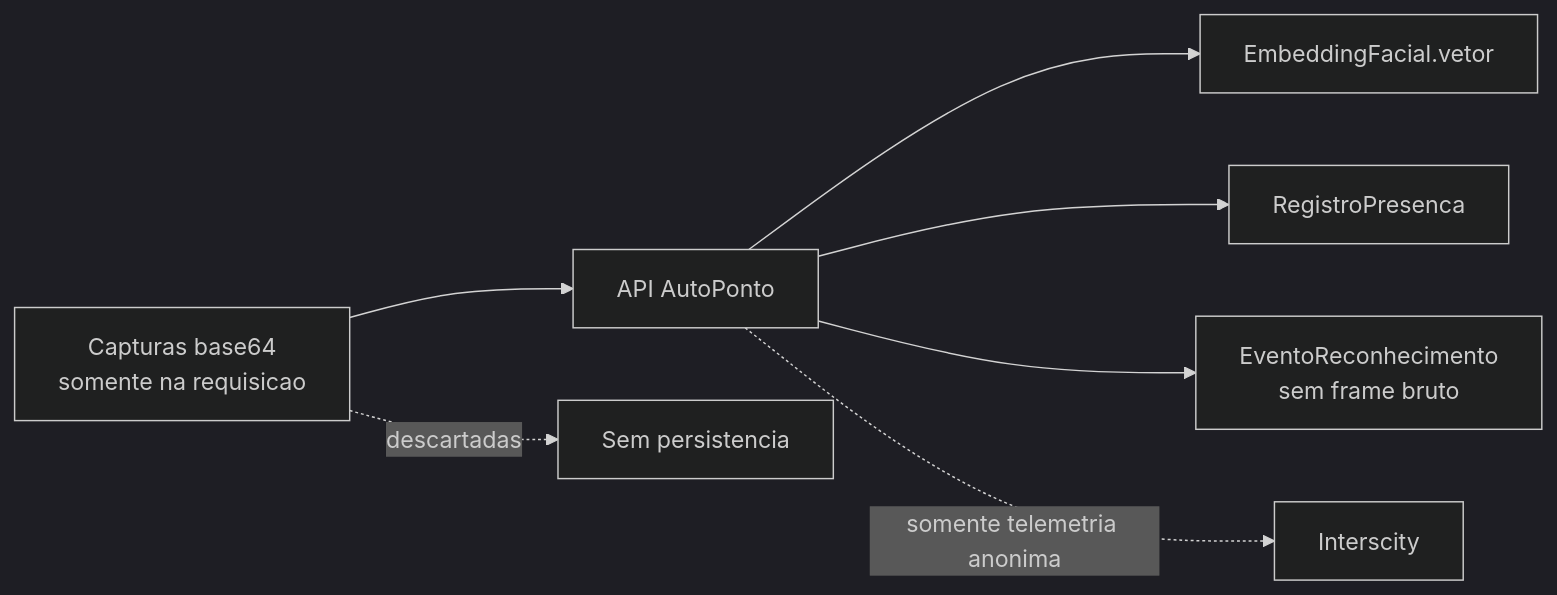
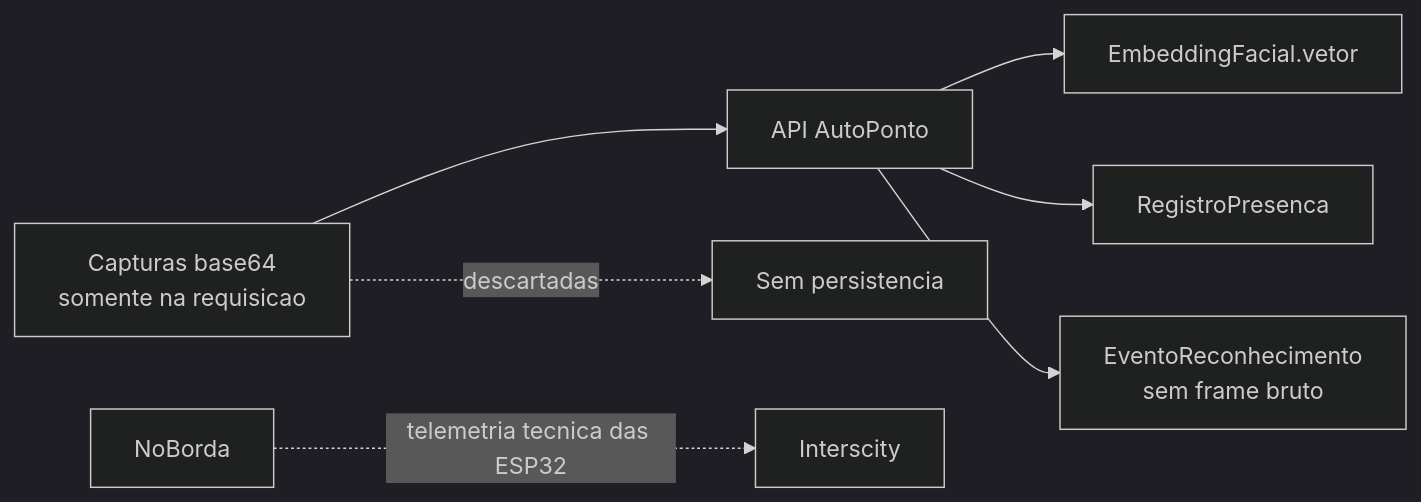
Diagram 11 of 11 in autoponto-backend/docs/diagramas-tcc.md (DanielKGM/autoponto), drawn with Mermaid (dark theme) before and after one commit. The commit also changed other lines of this file and 9 other files, not shown here.

Commit message:
refactor: Clean up test cases and improve documentation for edge integration and IntersCity API

````diff
--- a/autoponto-backend/docs/diagramas-tcc.md
+++ b/autoponto-backend/docs/diagramas-tcc.md
@@ -206,9 +207,9 @@
 ```mermaid
 flowchart LR
     Capturas["Capturas base64\nsomente na requisicao"] --> API["API AutoPonto"]
     API --> Vetor["EmbeddingFacial.vetor"]
     API --> Presenca["RegistroPresenca"]
     API --> Evento["EventoReconhecimento\nsem frame bruto"]
-    API -. "somente telemetria anonima" .-> IC["Interscity"]
+    Edge["NoBorda"] -. "telemetria tecnica das ESP32" .-> IC["Interscity"]
     Capturas -. "descartadas" .-> Descarte["Sem persistencia"]
 ```
````
